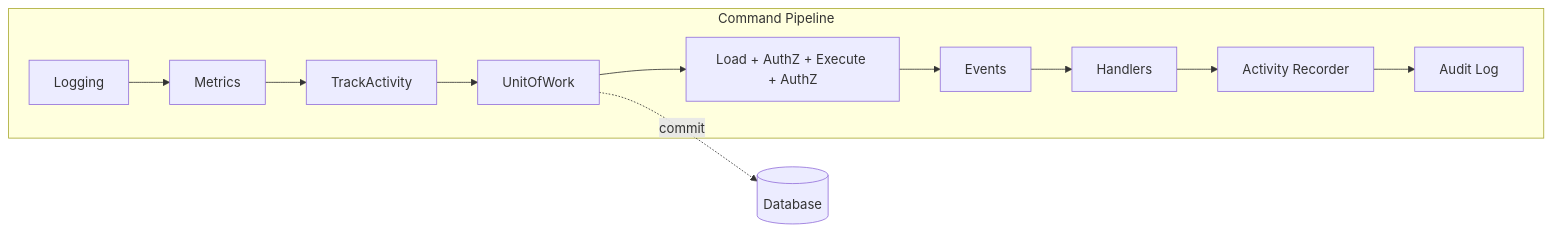
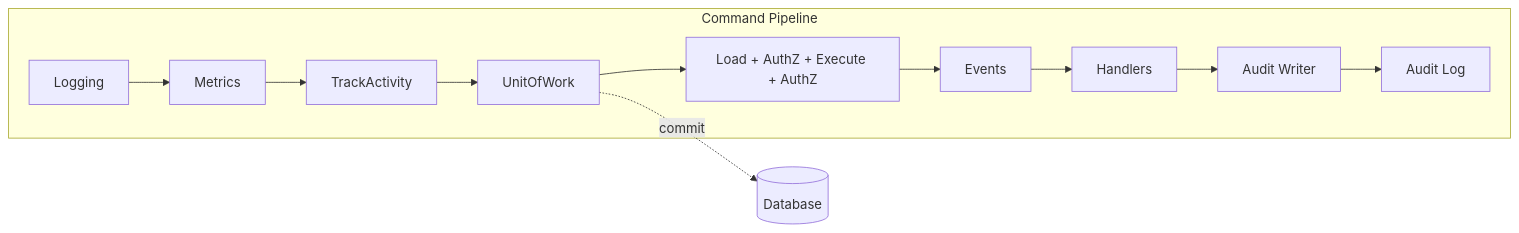
One commit to TheFellow/go-modular-monolith changed the third of 5 diagrams in README.md. Above: the diagram before and after it, drawn with Mermaid. The commit also changed other lines of this file and 135 other files, not shown here.

````diff
--- a/README.md
+++ b/README.md
@@ -169,15 +174,15 @@
 ```mermaid
 flowchart LR
     subgraph Command Pipeline
         L[Logging] --> M[Metrics]
         M --> A[TrackActivity]
         A --> U[UnitOfWork]
         U --> E[Load + AuthZ + Execute + AuthZ]
         E --> EV[Events]
         EV --> H[Handlers]
-        H --> R[Activity Recorder]
+        H --> R[Audit Writer]
         R --> AU[Audit Log]
     end
 
     U -.->|commit| DB[(Database)]
 ```
````
